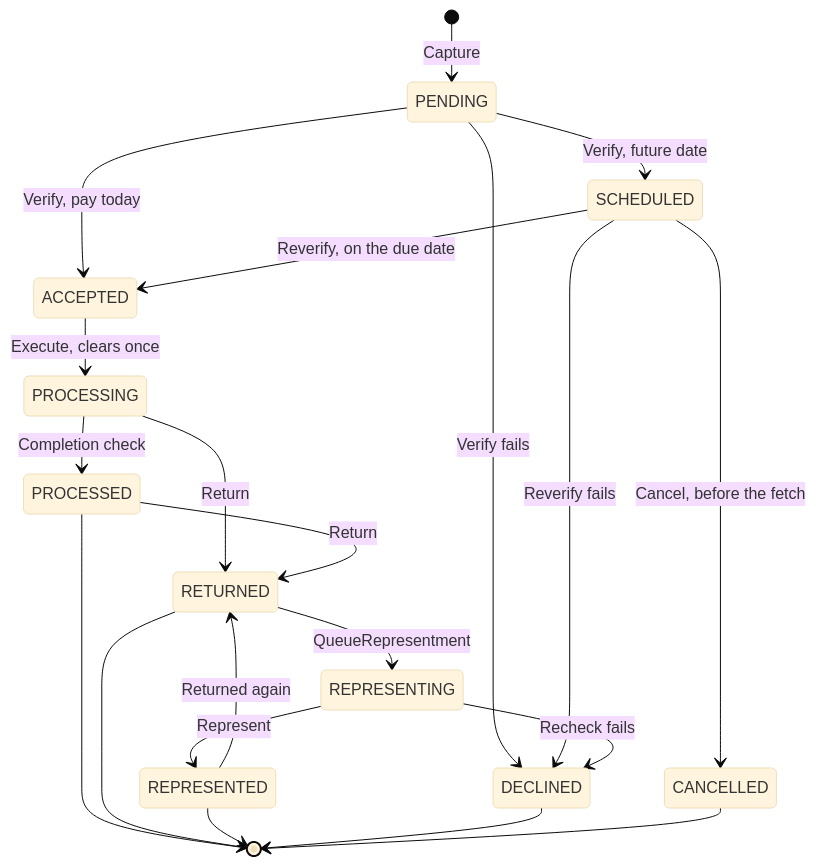
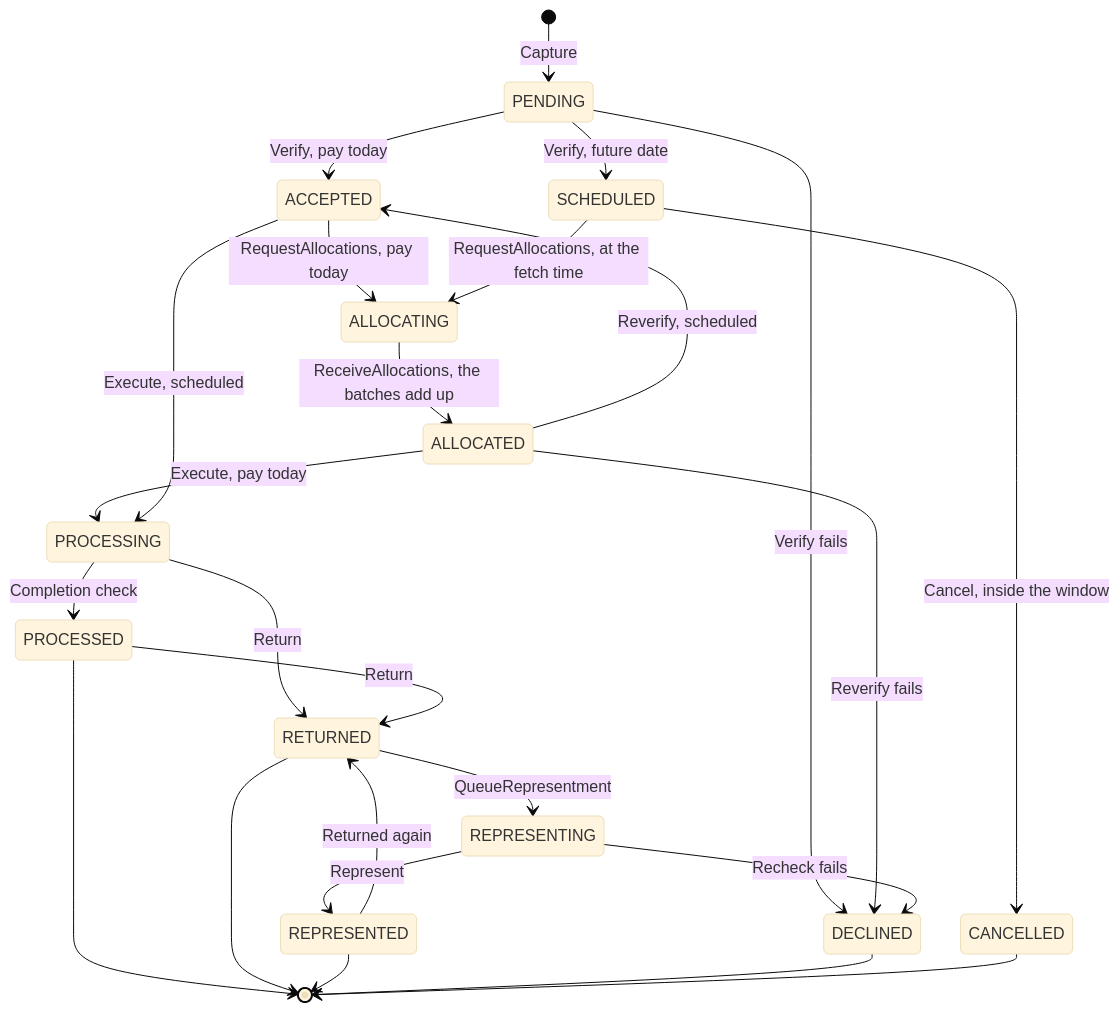
One commit to arunav-bhattacharya/billpay-book changed the second of 2 diagrams in website/docs/design/payment-state-model.md. Above: the diagram before and after it, drawn with Mermaid (base theme). The commit also changed other lines of this file and 25 other files, not shown here.

First line of the commit message:
Corporate: each step from a Work Tracker row; ALLOCATING and ALLOCATED as states

````diff
--- a/website/docs/design/payment-state-model.md
+++ b/website/docs/design/payment-state-model.md
@@ -60,29 +60,33 @@
 ```mermaid
 ---
 config:
   nodeSpacing: 40
   rankSpacing: 34
 ---
 stateDiagram-v2
   direction TB
   [*] --> PENDING: Capture
   PENDING --> ACCEPTED: Verify, pay today
   PENDING --> SCHEDULED: Verify, future date
   PENDING --> DECLINED: Verify fails
-  SCHEDULED --> ACCEPTED: Reverify, on the due date
-  SCHEDULED --> DECLINED: Reverify fails
-  SCHEDULED --> CANCELLED: Cancel, before the fetch
-  ACCEPTED --> PROCESSING: Execute, clears once
+  ACCEPTED --> ALLOCATING: RequestAllocations, pay today
+  SCHEDULED --> ALLOCATING: RequestAllocations, at the fetch time
+  SCHEDULED --> CANCELLED: Cancel, inside the window
+  ALLOCATING --> ALLOCATED: ReceiveAllocations, the batches add up
+  ALLOCATED --> PROCESSING: Execute, pay today
+  ALLOCATED --> ACCEPTED: Reverify, scheduled
+  ALLOCATED --> DECLINED: Reverify fails
+  ACCEPTED --> PROCESSING: Execute, scheduled
   PROCESSING --> PROCESSED: Completion check
   PROCESSING --> RETURNED: Return
   PROCESSED --> RETURNED: Return
   RETURNED --> REPRESENTING: QueueRepresentment
   REPRESENTING --> REPRESENTED: Represent
   REPRESENTING --> DECLINED: Recheck fails
   REPRESENTED --> RETURNED: Returned again
   PROCESSED --> [*]
   RETURNED --> [*]
   REPRESENTED --> [*]
   DECLINED --> [*]
   CANCELLED --> [*]
 ```
````
